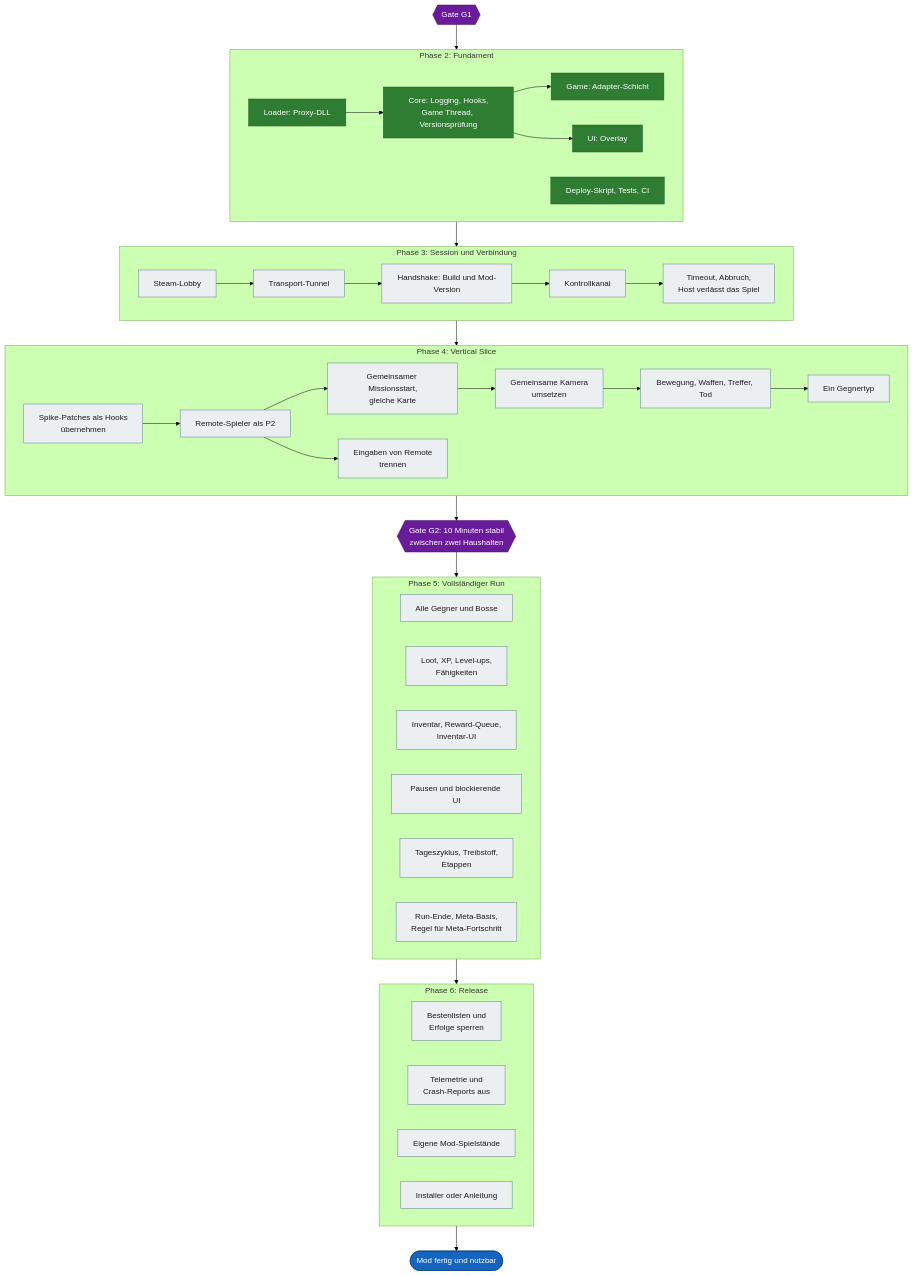
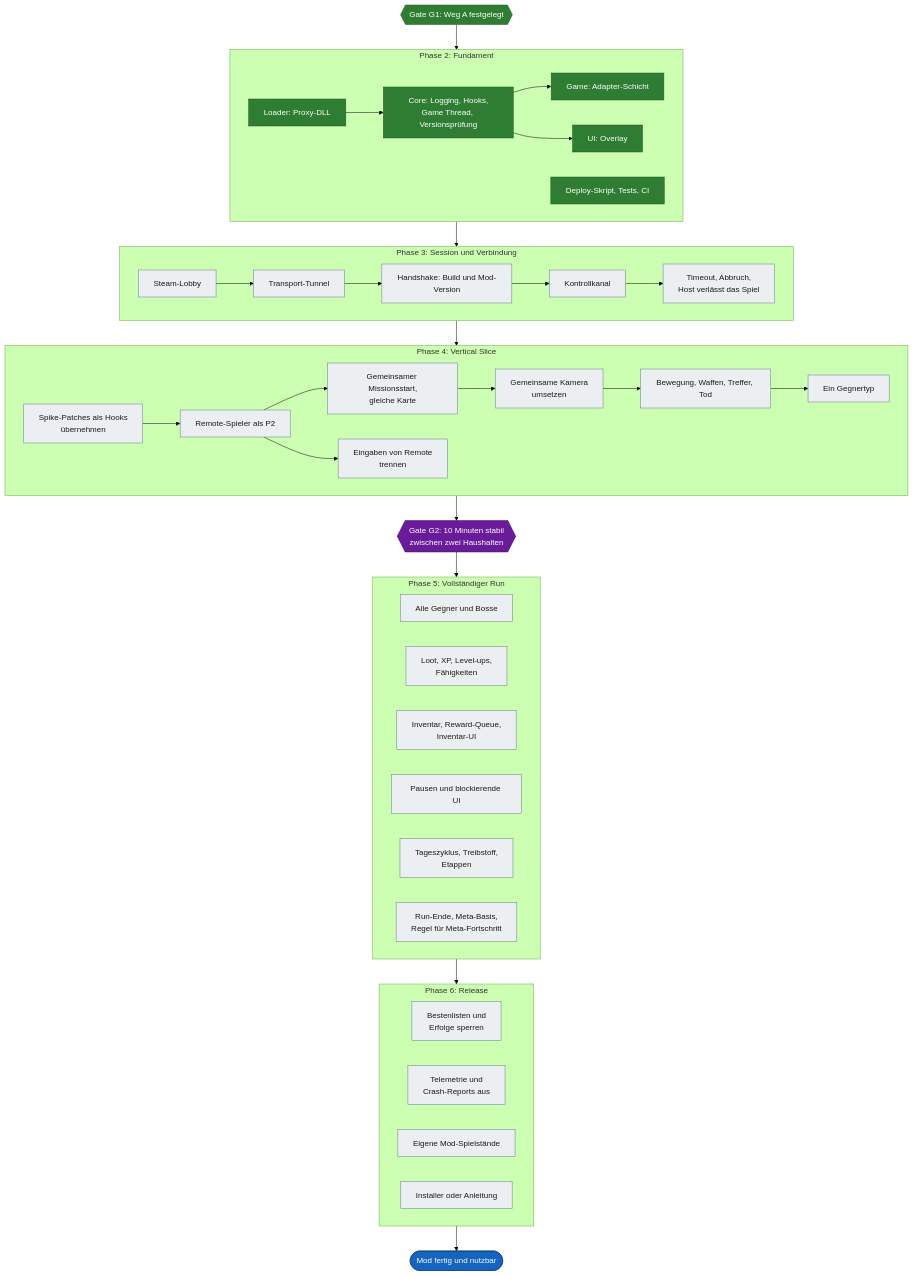
One commit to VitaminStack/Deadly-Days-Roadtrip-Multiplayer-Mod changed the third of 4 diagrams in docs/ROADMAP.md. Above: the diagram before and after it, drawn with Mermaid (forest theme). The commit also changed other lines of this file and 4 other files, not shown here.

Commit message:
gate-g1: Weg A mit gezieltem Sync verbindlich festlegen (#67)

````diff
--- a/docs/ROADMAP.md
+++ b/docs/ROADMAP.md
@@ -147,63 +148,63 @@
 ```mermaid
 flowchart TD
-    G1{{"Gate G1"}}:::gate
+    G1{{"Gate G1: Weg A festgelegt"}}:::done
 
     subgraph PH2["Phase 2: Fundament"]
         L["Loader: Proxy-DLL"]:::done
         C["Core: Logging, Hooks,<br/>Game Thread, Versionsprüfung"]:::done
         GA["Game: Adapter-Schicht"]:::done
         U["UI: Overlay"]:::done
         W["Deploy-Skript, Tests, CI"]:::done
         L --> C --> GA
         C --> U
     end
 
     subgraph PH3["Phase 3: Session und Verbindung"]
         LO["Steam-Lobby"]:::open
         TN["Transport-Tunnel"]:::open
         HS["Handshake: Build und Mod-Version"]:::open
         FE["Timeout, Abbruch,<br/>Host verlässt das Spiel"]:::open
         KK["Kontrollkanal"]:::open
         LO --> TN --> HS --> KK --> FE
     end
 
     subgraph PH4["Phase 4: Vertical Slice"]
         SH["Spike-Patches als Hooks<br/>übernehmen"]:::open
         R2["Remote-Spieler als P2"]:::open
         MS["Gemeinsamer Missionsstart,<br/>gleiche Karte"]:::open
         KM["Gemeinsame Kamera<br/>umsetzen"]:::open
         KA["Bewegung, Waffen, Treffer, Tod"]:::open
         GT["Ein Gegnertyp"]:::open
         EI["Eingaben von Remote<br/>trennen"]:::open
         SH --> R2 --> MS --> KM --> KA --> GT
         R2 --> EI
     end
 
     G2{{"Gate G2: 10 Minuten stabil<br/>zwischen zwei Haushalten"}}:::gate
 
     subgraph PH5["Phase 5: Vollständiger Run"]
         GE["Alle Gegner und Bosse"]:::open
         XP["Loot, XP, Level-ups,<br/>Fähigkeiten"]:::open
         IV["Inventar, Reward-Queue,<br/>Inventar-UI"]:::open
         PU["Pausen und blockierende UI"]:::open
         TG["Tageszyklus, Treibstoff,<br/>Etappen"]:::open
         ME["Run-Ende, Meta-Basis,<br/>Regel für Meta-Fortschritt"]:::open
     end
 
     subgraph PH6["Phase 6: Release"]
         SB["Bestenlisten und<br/>Erfolge sperren"]:::open
         TE["Telemetrie und<br/>Crash-Reports aus"]:::open
         SV["Eigene Mod-Spielstände"]:::open
         IN["Installer oder Anleitung"]:::open
     end
 
     Z(["Mod fertig und nutzbar"]):::goal
 
     G1 --> PH2 --> PH3 --> PH4 --> G2 --> PH5 --> PH6 --> Z
 
     classDef done fill:#2e7d32,stroke:#1b5e20,color:#ffffff
     classDef wip fill:#f9a825,stroke:#b27a00,color:#1a1a1a
     classDef open fill:#eceff1,stroke:#607d8b,color:#1a1a1a
     classDef gate fill:#6a1b9a,stroke:#3e1163,color:#ffffff
     classDef goal fill:#1565c0,stroke:#0d3c78,color:#ffffff
 ```
````
